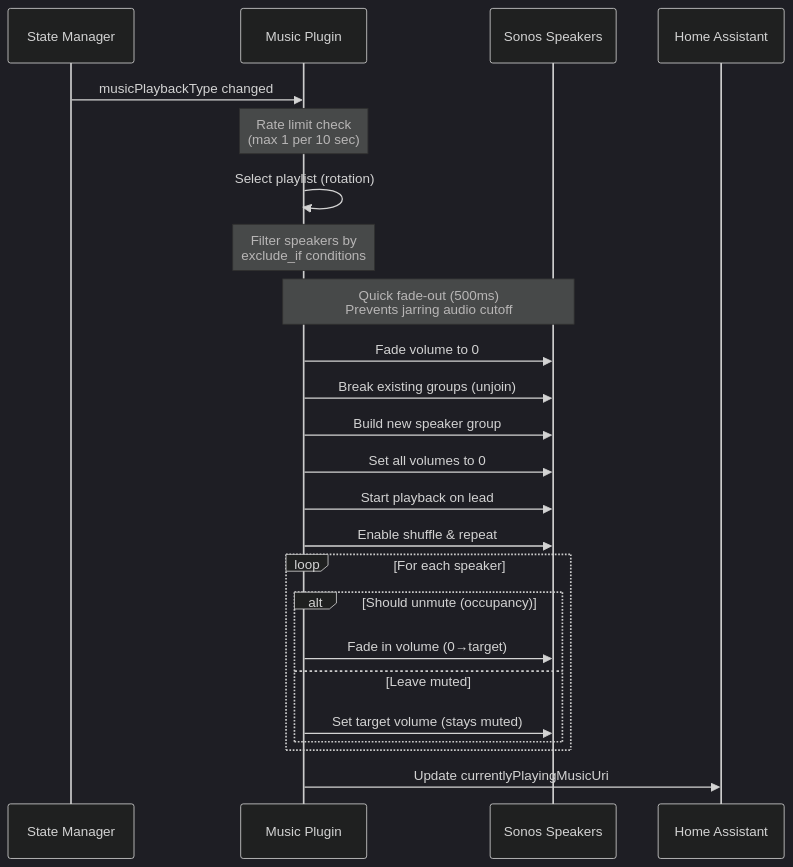
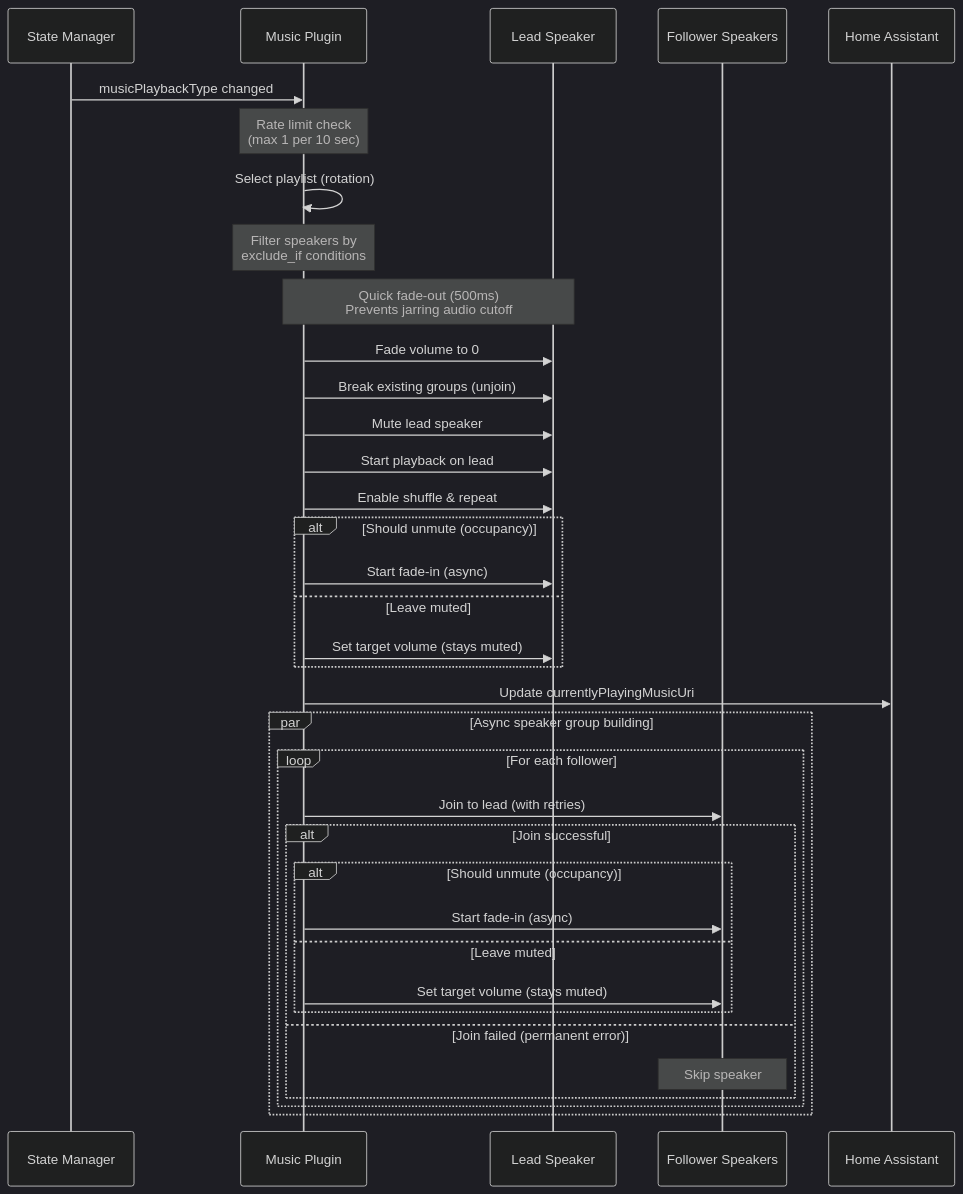
The third of 6 diagrams in docs/flows/MUSIC_PLAYBACK.md (NickBorgers/home-automation), drawn with Mermaid (dark theme) before and after one commit. The commit also changed other lines of this file, not shown here.

Commit message:
docs: Update playback orchestration diagram for async speaker grouping
Update the sequence diagram in MUSIC_PLAYBACK.md to reflect the new
async speaker grouping implementation where playback starts on the
lead speaker immediately and follower speakers join asynchronously
in the background.

````diff
--- a/docs/flows/MUSIC_PLAYBACK.md
+++ b/docs/flows/MUSIC_PLAYBACK.md
@@ -117,35 +117,47 @@
 ```mermaid
 sequenceDiagram
     participant SM as State Manager
     participant Music as Music Plugin
-    participant Sonos as Sonos Speakers
+    participant Lead as Lead Speaker
+    participant Followers as Follower Speakers
     participant HA as Home Assistant
 
     SM->>Music: musicPlaybackType changed
 
     Note over Music: Rate limit check<br/>(max 1 per 10 sec)
 
     Music->>Music: Select playlist (rotation)
 
     Note over Music: Filter speakers by<br/>exclude_if conditions
 
-    Note over Music,Sonos: Quick fade-out (500ms)<br/>Prevents jarring audio cutoff
-    Music->>Sonos: Fade volume to 0
+    Note over Music,Lead: Quick fade-out (500ms)<br/>Prevents jarring audio cutoff
+    Music->>Lead: Fade volume to 0
 
-    Music->>Sonos: Break existing groups (unjoin)
-    Music->>Sonos: Build new speaker group
+    Music->>Lead: Break existing groups (unjoin)
+    Music->>Lead: Mute lead speaker
+    Music->>Lead: Start playback on lead
+    Music->>Lead: Enable shuffle & repeat
 
-    Music->>Sonos: Set all volumes to 0
-    Music->>Sonos: Start playback on lead
-    Music->>Sonos: Enable shuffle & repeat
-
-    loop For each speaker
-        alt Should unmute (occupancy)
-            Music->>Sonos: Fade in volume (0→target)
-        else Leave muted
-            Music->>Sonos: Set target volume (stays muted)
-        end
+    alt Should unmute (occupancy)
+        Music->>Lead: Start fade-in (async)
+    else Leave muted
+        Music->>Lead: Set target volume (stays muted)
     end
 
     Music->>HA: Update currentlyPlayingMusicUri
+
+    par Async speaker group building
+        loop For each follower
+            Music->>Followers: Join to lead (with retries)
+            alt Join successful
+                alt Should unmute (occupancy)
+                    Music->>Followers: Start fade-in (async)
+                else Leave muted
+                    Music->>Followers: Set target volume (stays muted)
+                end
+            else Join failed (permanent error)
+                Note over Followers: Skip speaker
+            end
+        end
+    end
 ```
````
